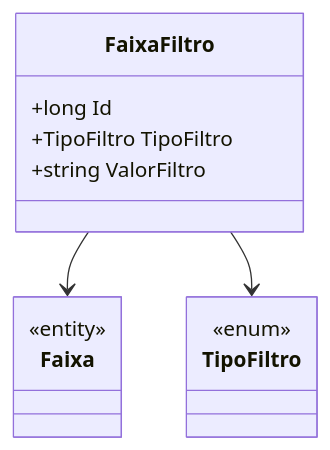
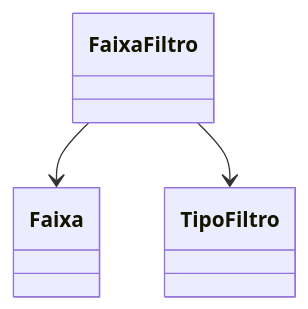
The diagram in docs/b2b-dominio/IsthmusWinthor.Nucleo/IsthmusWinthor.Dominio/Entidades/FaixaFiltro.md (IsthmusSistemas/documentacao-tecnica), drawn with Mermaid before and after one commit. The commit also changed other lines of this file and 882 other files, not shown here.

````diff
--- a/docs/b2b-dominio/IsthmusWinthor.Nucleo/IsthmusWinthor.Dominio/Entidades/FaixaFiltro.md
+++ b/docs/b2b-dominio/IsthmusWinthor.Nucleo/IsthmusWinthor.Dominio/Entidades/FaixaFiltro.md
@@ -24,17 +21,5 @@
 ```mermaid
 classDiagram
-    class FaixaFiltro {
-        +long Id
-        +TipoFiltro TipoFiltro
-        +string ValorFiltro
-    }
-    class Faixa {
-        <<entity>>
-    }
     FaixaFiltro --> Faixa
-
-    class TipoFiltro {
-        <<enum>>
-    }
     FaixaFiltro --> TipoFiltro
 ```
````
